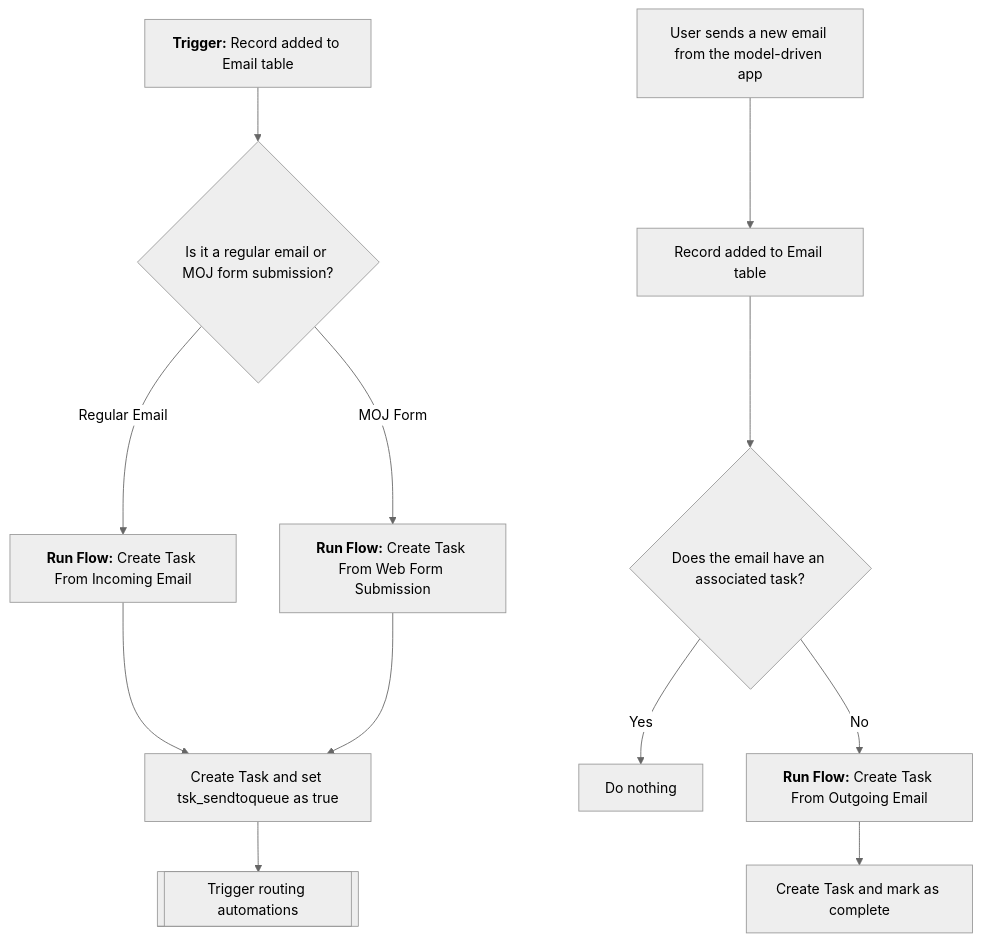
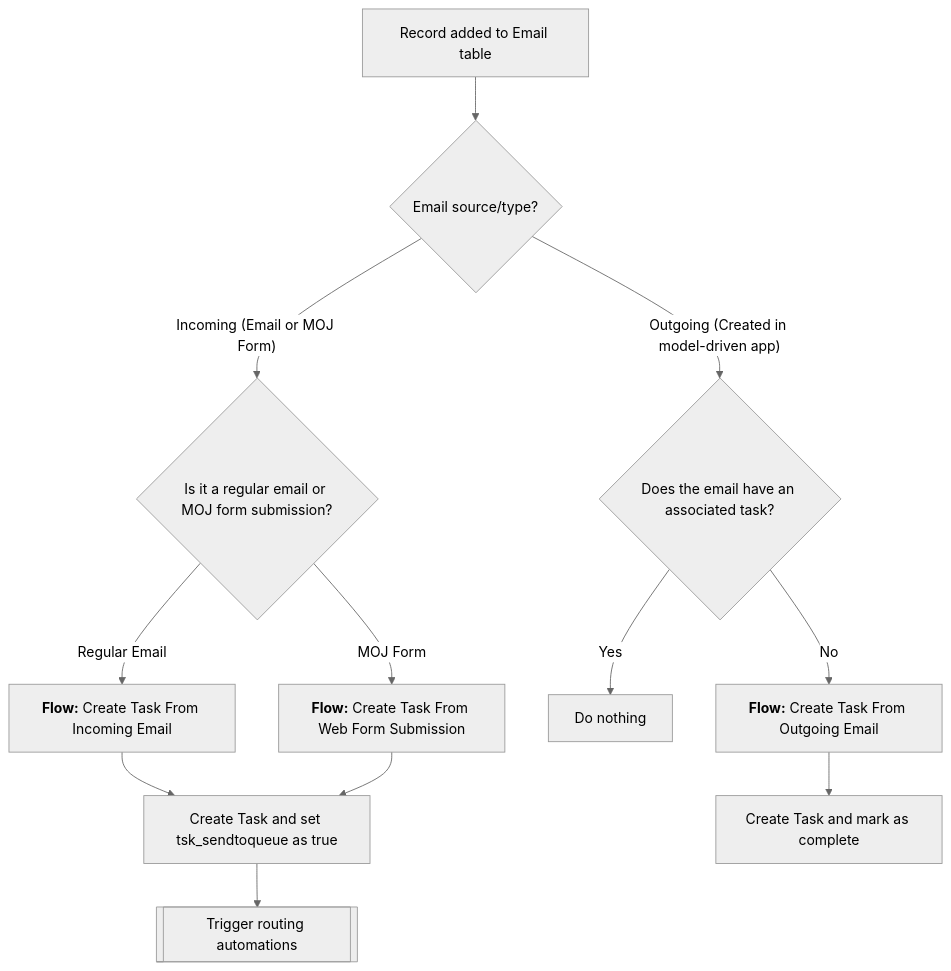
One commit to ThomasVineMoJ/ss-pp-cnbc-tasks changed the fifth of 8 diagrams in base/documentation/high-level-design.md. Above: the diagram before and after it, drawn with Mermaid (neutral theme). The commit also changed other lines of this file, not shown here.

````diff
--- a/base/documentation/high-level-design.md
+++ b/base/documentation/high-level-design.md
@@ -185,19 +185,24 @@
 ```mermaid
 flowchart TD
-    A[<b>Trigger:</b> Record added to Email table] --> B{Is it a regular email or MOJ form submission?}
-    
-    B -- Regular Email --> C[<b>Run Flow:</b> Create Task From Incoming Email]
-    B -- MOJ Form --> D[<b>Run Flow:</b> Create Task From Web Form Submission]
 
-    C --> E[Create Task and set tsk_sendtoqueue as true]
-    D --> E
+    A[Record added to Email table] --> B{Email source/type?}
 
-    E --> F[[Trigger routing automations]]
+    %% Branch 1: Incoming email / MOJ form
+    B -->|"Incoming (Email or MOJ Form)"| C{Is it a regular email or MOJ form submission?}
 
-    G[User sends a new email from the model-driven app] --> H[Record added to Email table]
+    C -->|Regular Email| D[<b>Flow:</b> Create Task From Incoming Email]
+    C -->|MOJ Form| E[<b>Flow:</b> Create Task From Web Form Submission]
 
-    H --> I{Does the email have an associated task?}
-    I -- Yes --> J[Do nothing]
-    I -- No --> K[<b>Run Flow:</b> Create Task From Outgoing Email]
-    K --> L[Create Task and mark as complete]
+    D --> F[Create Task and set tsk_sendtoqueue as true]
+    E --> F
+
+    F --> G[[Trigger routing automations]]
+
+    %% Branch 2: Outgoing email from app
+    B -->|"Outgoing (Created in model-driven app)"| H{Does the email have an associated task?}
+
+    H -->|Yes| I[Do nothing]
+    H -->|No| J[<b>Flow:</b> Create Task From Outgoing Email]
+
+    J --> K[Create Task and mark as complete]
 ```
````
